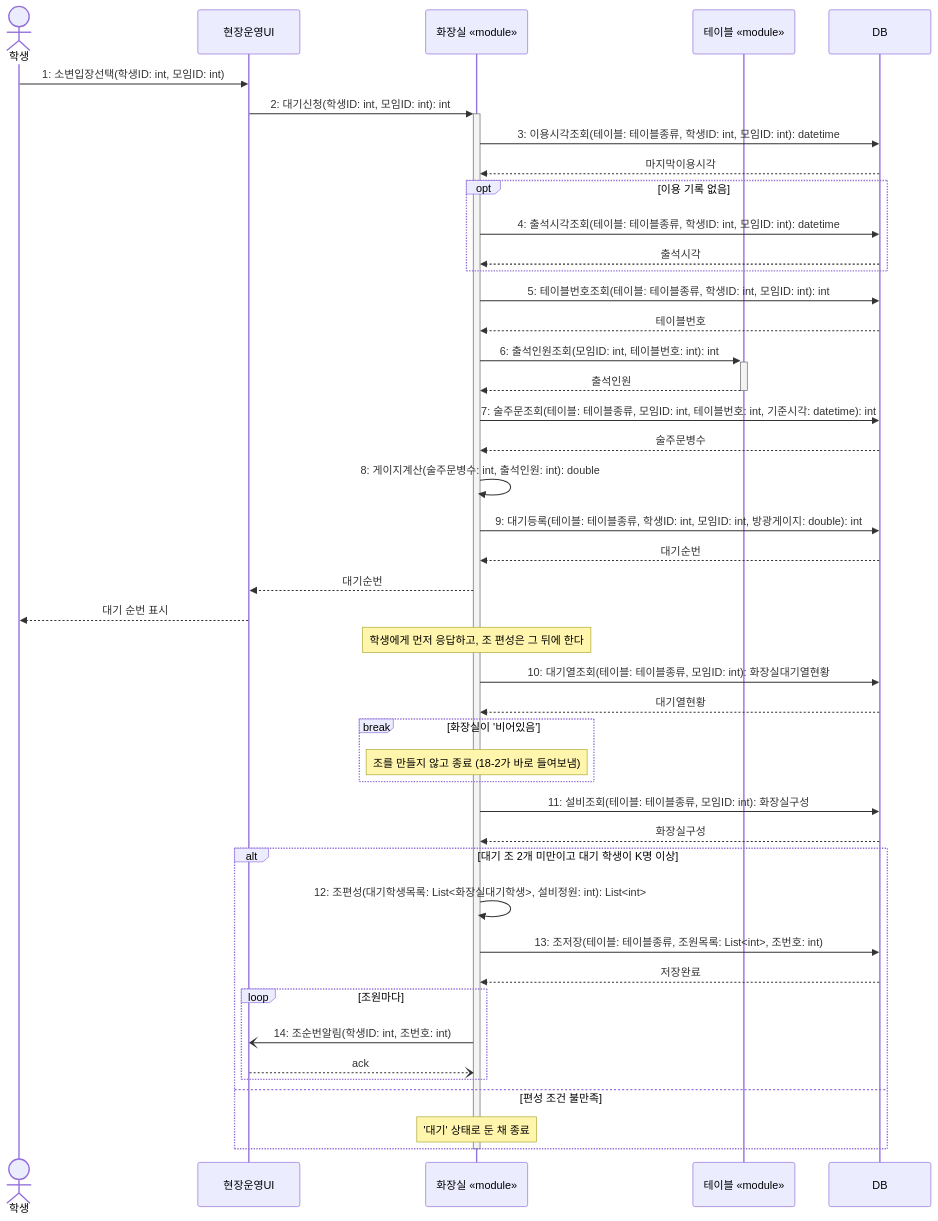
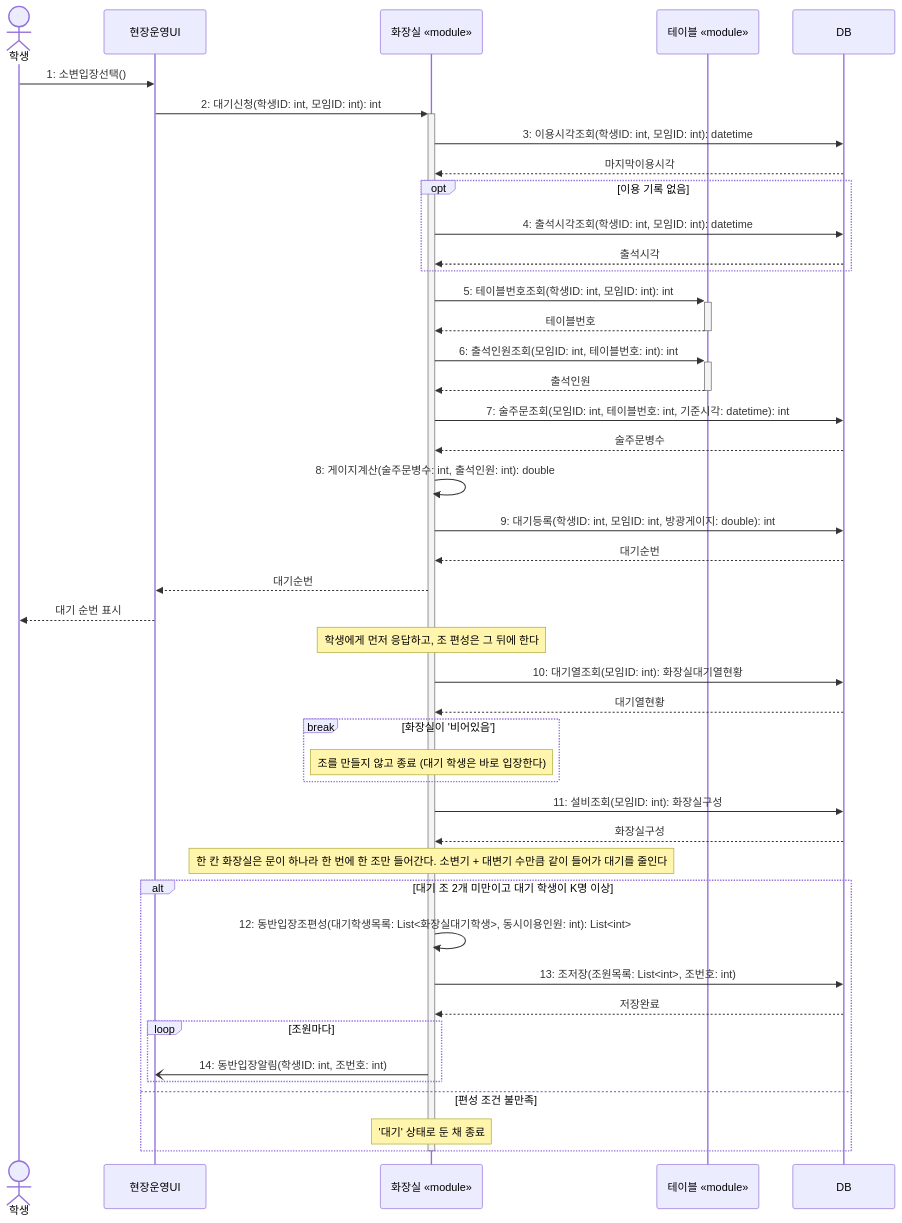
One commit to hojae3/sw-engineering-16 changed the diagram in draft/hojae/18-final/seq-18-1.md. Above: the diagram before and after it, drawn with Mermaid. The commit also changed other lines of this file and 4 other files, not shown here.

Commit message:
[draft] 호재 18번 최종 발표안을 18-1 한 장으로 정리 (18-2 삭제, 화장실 동반 입장으로 이름 변경, 조번호 출처·테이블 조회·ack·테이블종류 매개변수 정리)

````diff
--- a/draft/hojae/18-final/seq-18-1.md
+++ b/draft/hojae/18-final/seq-18-1.md
@@ -27,52 +27,52 @@
 ```mermaid
 sequenceDiagram
     actor 학생
     participant 화면 as 현장운영UI
     participant 화장실 as 화장실 «module»
     participant 테이블 as 테이블 «module»
     participant DB as DB
 
-    학생->>화면: 1: 소변입장선택(학생ID: int, 모임ID: int)
+    학생->>화면: 1: 소변입장선택()
     화면->>+화장실: 2: 대기신청(학생ID: int, 모임ID: int): int
 
-    화장실->>DB: 3: 이용시각조회(테이블: 테이블종류, 학생ID: int, 모임ID: int): datetime
+    화장실->>DB: 3: 이용시각조회(학생ID: int, 모임ID: int): datetime
     DB-->>화장실: 마지막이용시각
     opt 이용 기록 없음
-        화장실->>DB: 4: 출석시각조회(테이블: 테이블종류, 학생ID: int, 모임ID: int): datetime
+        화장실->>DB: 4: 출석시각조회(학생ID: int, 모임ID: int): datetime
         DB-->>화장실: 출석시각
     end
-    화장실->>DB: 5: 테이블번호조회(테이블: 테이블종류, 학생ID: int, 모임ID: int): int
-    DB-->>화장실: 테이블번호
+    화장실->>+테이블: 5: 테이블번호조회(학생ID: int, 모임ID: int): int
+    테이블-->>-화장실: 테이블번호
     화장실->>+테이블: 6: 출석인원조회(모임ID: int, 테이블번호: int): int
     테이블-->>-화장실: 출석인원
-    화장실->>DB: 7: 술주문조회(테이블: 테이블종류, 모임ID: int, 테이블번호: int, 기준시각: datetime): int
+    화장실->>DB: 7: 술주문조회(모임ID: int, 테이블번호: int, 기준시각: datetime): int
     DB-->>화장실: 술주문병수
     화장실->>화장실: 8: 게이지계산(술주문병수: int, 출석인원: int): double
-    화장실->>DB: 9: 대기등록(테이블: 테이블종류, 학생ID: int, 모임ID: int, 방광게이지: double): int
+    화장실->>DB: 9: 대기등록(학생ID: int, 모임ID: int, 방광게이지: double): int
     DB-->>화장실: 대기순번
 
     화장실-->>화면: 대기순번
     화면-->>학생: 대기 순번 표시
 
     Note over 화장실: 학생에게 먼저 응답하고, 조 편성은 그 뒤에 한다
-    화장실->>DB: 10: 대기열조회(테이블: 테이블종류, 모임ID: int): 화장실대기열현황
+    화장실->>DB: 10: 대기열조회(모임ID: int): 화장실대기열현황
     DB-->>화장실: 대기열현황
     break 화장실이 '비어있음'
-        Note over 화장실: 조를 만들지 않고 종료 (18-2가 바로 들여보냄)
+        Note over 화장실: 조를 만들지 않고 종료 (대기 학생은 바로 입장한다)
     end
 
-    화장실->>DB: 11: 설비조회(테이블: 테이블종류, 모임ID: int): 화장실구성
+    화장실->>DB: 11: 설비조회(모임ID: int): 화장실구성
     DB-->>화장실: 화장실구성
+    Note over 화장실: 한 칸 화장실은 문이 하나라 한 번에 한 조만 들어간다. 소변기 + 대변기 수만큼 같이 들어가 대기를 줄인다
     alt 대기 조 2개 미만이고 대기 학생이 K명 이상
-        화장실->>화장실: 12: 조편성(대기학생목록: List<화장실대기학생>, 설비정원: int): List<int>
-        화장실->>DB: 13: 조저장(테이블: 테이블종류, 조원목록: List<int>, 조번호: int)
+        화장실->>화장실: 12: 동반입장조편성(대기학생목록: List<화장실대기학생>, 동시이용인원: int): List<int>
+        화장실->>DB: 13: 조저장(조원목록: List<int>, 조번호: int)
         DB-->>화장실: 저장완료
         loop 조원마다
-            화장실-)화면: 14: 조순번알림(학생ID: int, 조번호: int)
-            화면--)화장실: ack
+            화장실-)화면: 14: 동반입장알림(학생ID: int, 조번호: int)
         end
     else 편성 조건 불만족
         Note over 화장실: '대기' 상태로 둔 채 종료
     end
     deactivate 화장실
 ```
````
